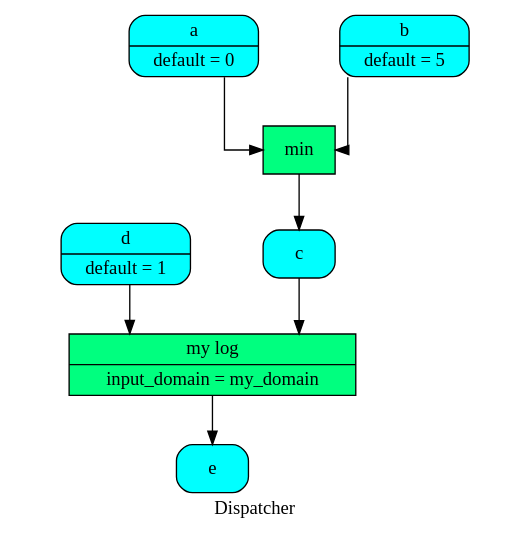
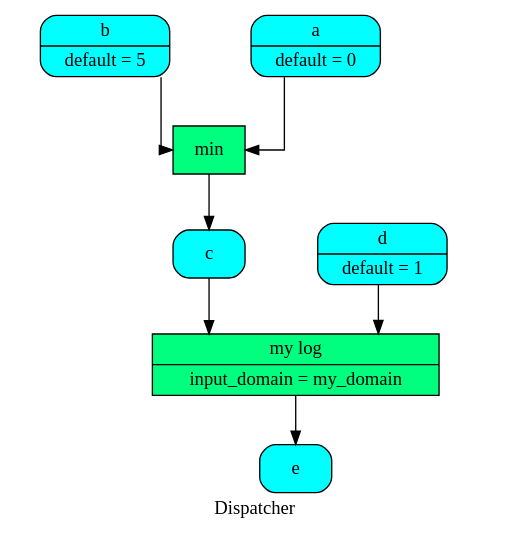
One commit to vinci1it2000/schedula changed the diagram in doc/source/dispatcher/__init__/dispatch/dsp.dot. Above: the diagram before and after it, drawn with Graphviz. The commit also changed 23 other files, not shown here.

```diff
--- a/doc/source/dispatcher/__init__/dispatch/dsp.dot
+++ b/doc/source/dispatcher/__init__/dispatch/dsp.dot
@@ -1,19 +1,19 @@
 digraph Dispatcher {
 	graph [ratio=1]
 	node [style=filled]
 	splines = ortho
 	label = "Dispatcher"
-		"Dispatcher_-653487730926033586" [label="{ min  }" fillcolor=springgreen shape=record]
-		Dispatcher_1161704250910580454 [label="{ c  }" fillcolor=cyan shape=Mrecord]
-		"Dispatcher_-7776202301500148952" [label="{ a | default = 0 }" fillcolor=cyan shape=Mrecord]
-		Dispatcher_1839105624103145851 [label="{ e  }" fillcolor=cyan shape=Mrecord]
-		Dispatcher_3212931600518739037 [label="{ b | default = 5 }" fillcolor=cyan shape=Mrecord]
-		Dispatcher_1248373816960019038 [label="{ d | default = 1 }" fillcolor=cyan shape=Mrecord]
-		Dispatcher_400107148629920831 [label="{ my log | input_domain = my_domain }" fillcolor=springgreen shape=record]
-			"Dispatcher_-653487730926033586" -> Dispatcher_1161704250910580454
-			Dispatcher_1161704250910580454 -> Dispatcher_400107148629920831
-			"Dispatcher_-7776202301500148952" -> "Dispatcher_-653487730926033586"
-			Dispatcher_3212931600518739037 -> "Dispatcher_-653487730926033586"
-			Dispatcher_1248373816960019038 -> Dispatcher_400107148629920831
-			Dispatcher_400107148629920831 -> Dispatcher_1839105624103145851
+		"Dispatcher_-427784935824896063" [label="{ b | default = 5 }" fillcolor=cyan shape=Mrecord]
+		"Dispatcher_-4445111242917612282" [label="{ e  }" fillcolor=cyan shape=Mrecord]
+		Dispatcher_8583476549605735667 [label="{ my log | input_domain = my_domain }" fillcolor=springgreen shape=record]
+		"Dispatcher_-6866225254170713515" [label="{ d | default = 1 }" fillcolor=cyan shape=Mrecord]
+		Dispatcher_5626300579074633926 [label="{ c  }" fillcolor=cyan shape=Mrecord]
+		"Dispatcher_-3574468403947108869" [label="{ a | default = 0 }" fillcolor=cyan shape=Mrecord]
+		"Dispatcher_-7278840973267527250" [label="{ min  }" fillcolor=springgreen shape=record]
+			"Dispatcher_-427784935824896063" -> "Dispatcher_-7278840973267527250"
+			Dispatcher_8583476549605735667 -> "Dispatcher_-4445111242917612282"
+			"Dispatcher_-6866225254170713515" -> Dispatcher_8583476549605735667
+			Dispatcher_5626300579074633926 -> Dispatcher_8583476549605735667
+			"Dispatcher_-3574468403947108869" -> "Dispatcher_-7278840973267527250"
+			"Dispatcher_-7278840973267527250" -> Dispatcher_5626300579074633926
 }
```
